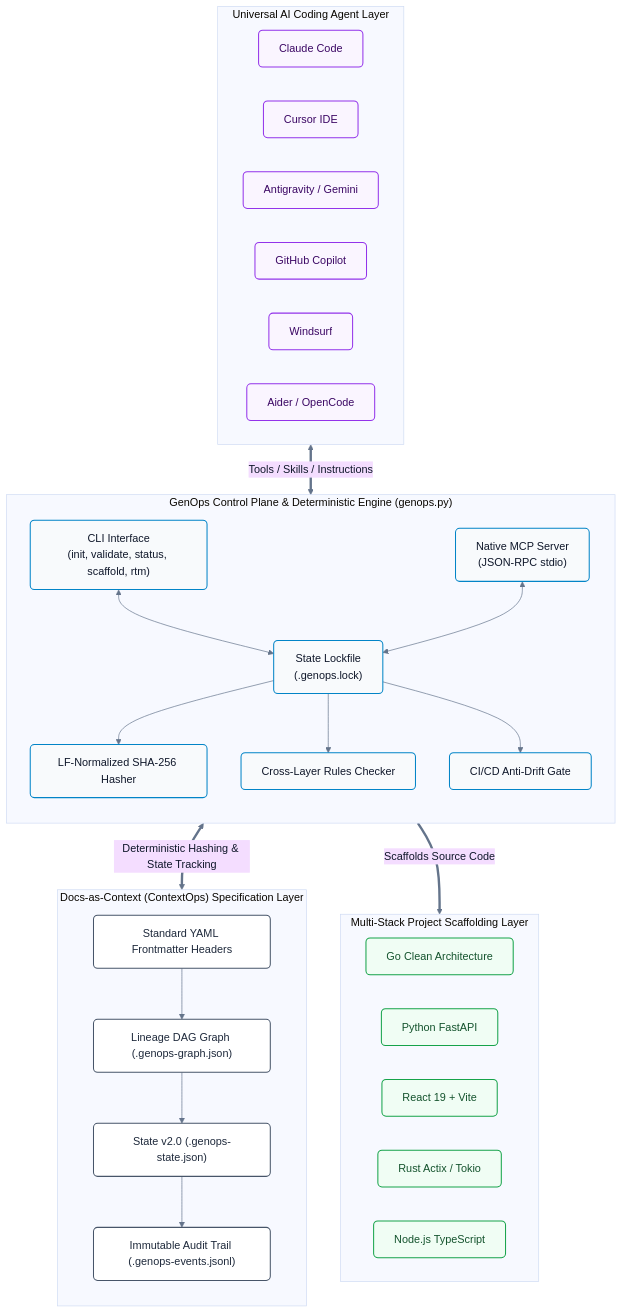
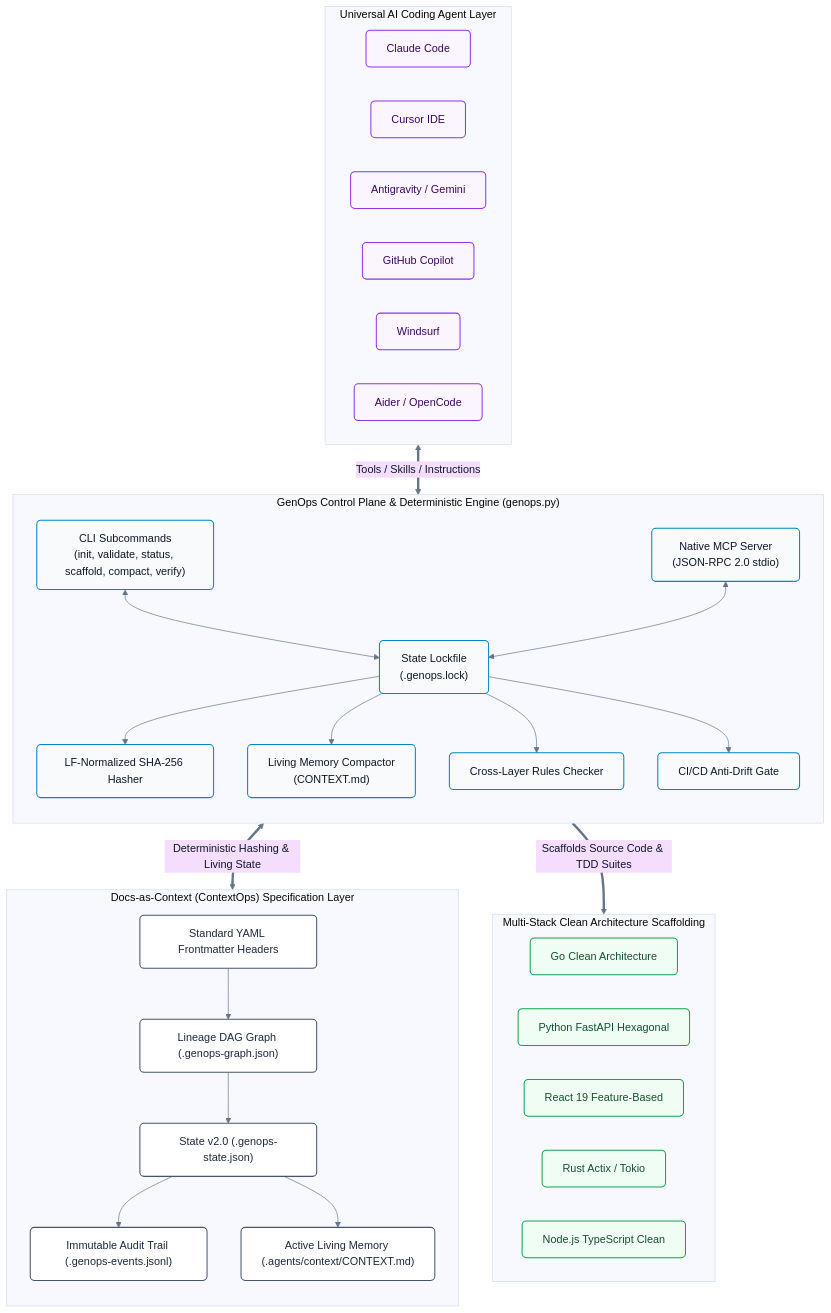
Before and after one commit to seismael/GenOps: the third of 3 diagrams in README.md, drawn with Mermaid. The commit also changed other lines of this file and 46 other files, not shown here.

Commit message:
feat: implement GenOps scaffolding system with multi-language templates, agentic skill definitions, and architectural workflow documentation

````diff
--- a/README.md
+++ b/README.md
@@ -79,64 +143,68 @@
 ```mermaid
 %%{init: {'theme': 'base', 'themeVariables': { 'fontFamily': 'Inter, system-ui, sans-serif', 'lineColor': '#64748b', 'primaryTextColor': '#0f172a' }}}%%
 flowchart TB
     subgraph Agents ["Universal AI Coding Agent Layer"]
         direction LR
         AG1["Claude Code"]
         AG2["Cursor IDE"]
         AG3["Antigravity / Gemini"]
         AG4["GitHub Copilot"]
         AG5["Windsurf"]
         AG6["Aider / OpenCode"]
     end
 
     subgraph Engine ["GenOps Control Plane & Deterministic Engine (genops.py)"]
         direction TB
-        CLI["CLI Interface<br/>(init, validate, status, scaffold, rtm)"]
-        MCP["Native MCP Server<br/>(JSON-RPC stdio)"]
+        CLI["CLI Subcommands<br/>(init, validate, status, scaffold, compact, verify)"]
+        MCP["Native MCP Server<br/>(JSON-RPC 2.0 stdio)"]
         HASHER["LF-Normalized SHA-256 Hasher"]
         LOCK["State Lockfile<br/>(.genops.lock)"]
+        COMPACTOR["Living Memory Compactor<br/>(CONTEXT.md)"]
         RULES["Cross-Layer Rules Checker"]
         DRIFT["CI/CD Anti-Drift Gate"]
         
         CLI <--> LOCK
         MCP <--> LOCK
         LOCK --> HASHER
+        LOCK --> COMPACTOR
         LOCK --> RULES
         LOCK --> DRIFT
     end
 
     subgraph Specs ["Docs-as-Context (ContextOps) Specification Layer"]
         direction TB
         FRONTMATTER["Standard YAML Frontmatter Headers"]
         DAG["Lineage DAG Graph (.genops-graph.json)"]
         STATE["State v2.0 (.genops-state.json)"]
         EVENTS["Immutable Audit Trail (.genops-events.jsonl)"]
+        CONTEXT["Active Living Memory (.agents/context/CONTEXT.md)"]
         
         FRONTMATTER --> DAG
         DAG --> STATE
         STATE --> EVENTS
+        STATE --> CONTEXT
     end
 
-    subgraph Output ["Multi-Stack Project Scaffolding Layer"]
+    subgraph Output ["Multi-Stack Clean Architecture Scaffolding"]
         direction LR
         S_GO["Go Clean Architecture"]
-        S_PY["Python FastAPI"]
-        S_REACT["React 19 + Vite"]
+        S_PY["Python FastAPI Hexagonal"]
+        S_REACT["React 19 Feature-Based"]
         S_RUST["Rust Actix / Tokio"]
-        S_NODE["Node.js TypeScript"]
+        S_NODE["Node.js TypeScript Clean"]
     end
 
     Agents <==>|"Tools / Skills / Instructions"| Engine
-    Engine <==>|"Deterministic Hashing & State Tracking"| Specs
-    Engine ==>|"Scaffolds Source Code"| Output
+    Engine <==>|"Deterministic Hashing & Living State"| Specs
+    Engine ==>|"Scaffolds Source Code & TDD Suites"| Output
 
     classDef agentBox fill:#faf5ff,stroke:#9333ea,stroke-width:1.5px,color:#3b0764,rx:6px,ry:6px;
     classDef engineBox fill:#f8fafc,stroke:#0284c7,stroke-width:1.5px,color:#0f172a,rx:6px,ry:6px;
     classDef specBox fill:#ffffff,stroke:#475569,stroke-width:1.5px,color:#1e293b,rx:6px,ry:6px;
     classDef outBox fill:#f0fdf4,stroke:#16a34a,stroke-width:1.5px,color:#14532d,rx:6px,ry:6px;
     
     class AG1,AG2,AG3,AG4,AG5,AG6 agentBox;
-    class CLI,MCP,HASHER,LOCK,RULES,DRIFT engineBox;
-    class FRONTMATTER,DAG,STATE,EVENTS specBox;
+    class CLI,MCP,HASHER,LOCK,COMPACTOR,RULES,DRIFT engineBox;
+    class FRONTMATTER,DAG,STATE,EVENTS,CONTEXT specBox;
     class S_GO,S_PY,S_REACT,S_RUST,S_NODE outBox;
 ```
````
